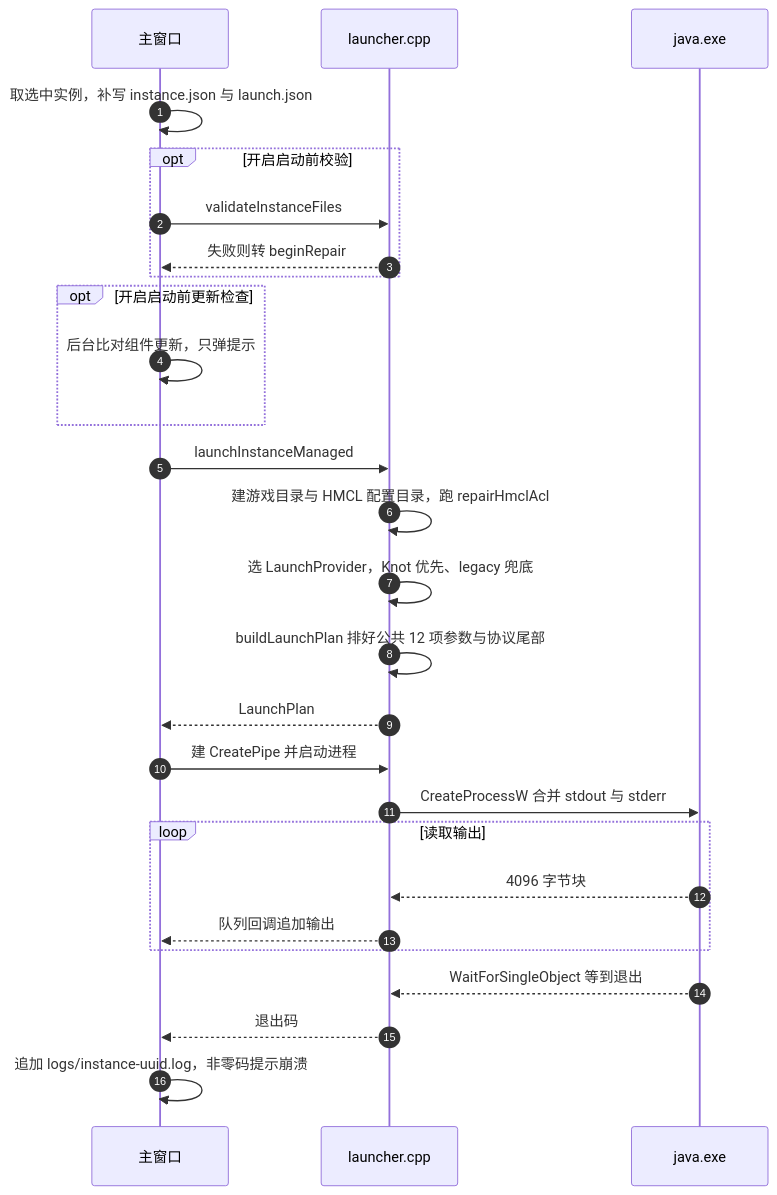
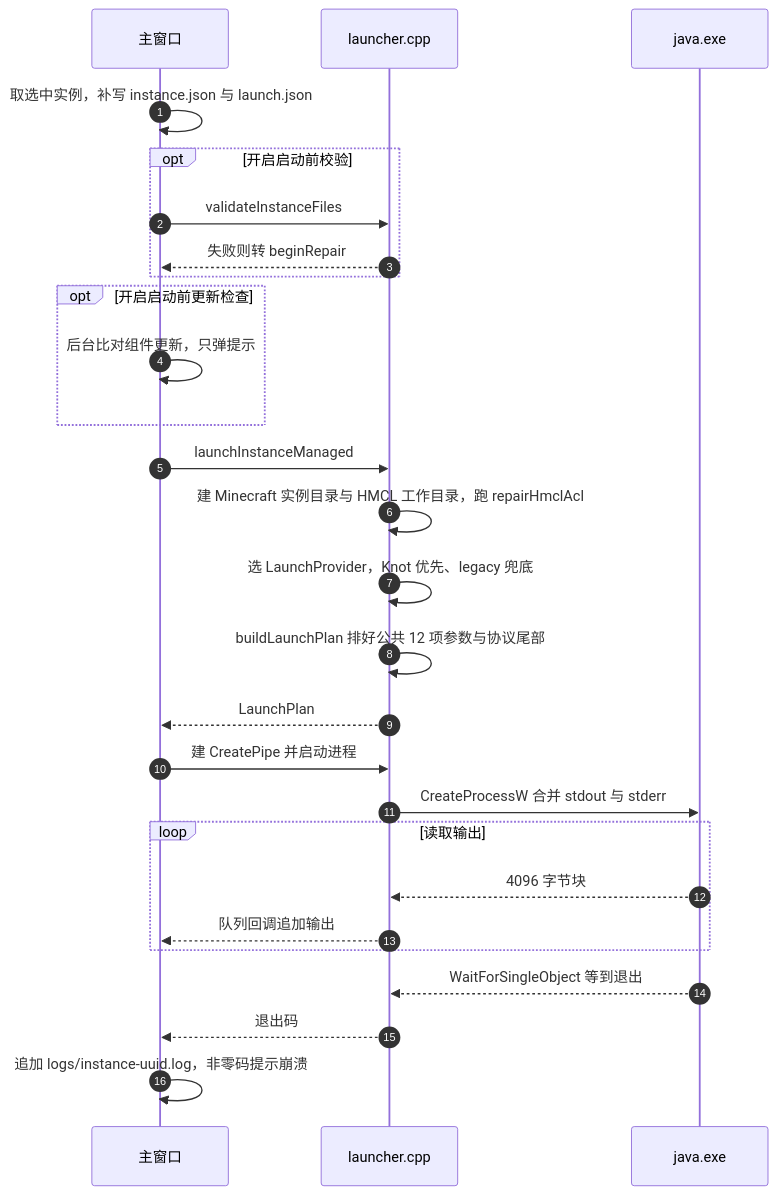
One commit to HiBer2007/FLFHMCLauncher changed the seventh of 12 diagrams in docs/zh/developers/flfhmlauncher/index.mdx. Above: the diagram before and after it, drawn with Mermaid. The commit also changed other lines of this file and 9 other files, not shown here.

````diff
--- a/docs/zh/developers/flfhmlauncher/index.mdx
+++ b/docs/zh/developers/flfhmlauncher/index.mdx
@@ -477,29 +479,29 @@
 ```mermaid
 sequenceDiagram
     autonumber
     participant MW as 主窗口
     participant LS as launcher.cpp
     participant JV as java.exe
     MW->>MW: 取选中实例，补写 instance.json 与 launch.json
     opt 开启启动前校验
         MW->>LS: validateInstanceFiles
         LS-->>MW: 失败则转 beginRepair
     end
     opt 开启启动前更新检查
         MW->>MW: 后台比对组件更新，只弹提示
     end
     MW->>LS: launchInstanceManaged
-    LS->>LS: 建游戏目录与 HMCL 配置目录，跑 repairHmclAcl
+    LS->>LS: 建 Minecraft 实例目录与 HMCL 工作目录，跑 repairHmclAcl
     LS->>LS: 选 LaunchProvider，Knot 优先、legacy 兜底
     LS->>LS: buildLaunchPlan 排好公共 12 项参数与协议尾部
     LS-->>MW: LaunchPlan
     MW->>LS: 建 CreatePipe 并启动进程
     LS->>JV: CreateProcessW 合并 stdout 与 stderr
     loop 读取输出
         JV-->>LS: 4096 字节块
         LS-->>MW: 队列回调追加输出
     end
     JV-->>LS: WaitForSingleObject 等到退出
     LS-->>MW: 退出码
     MW->>MW: 追加 logs/instance-uuid.log，非零码提示崩溃
 ```
````
